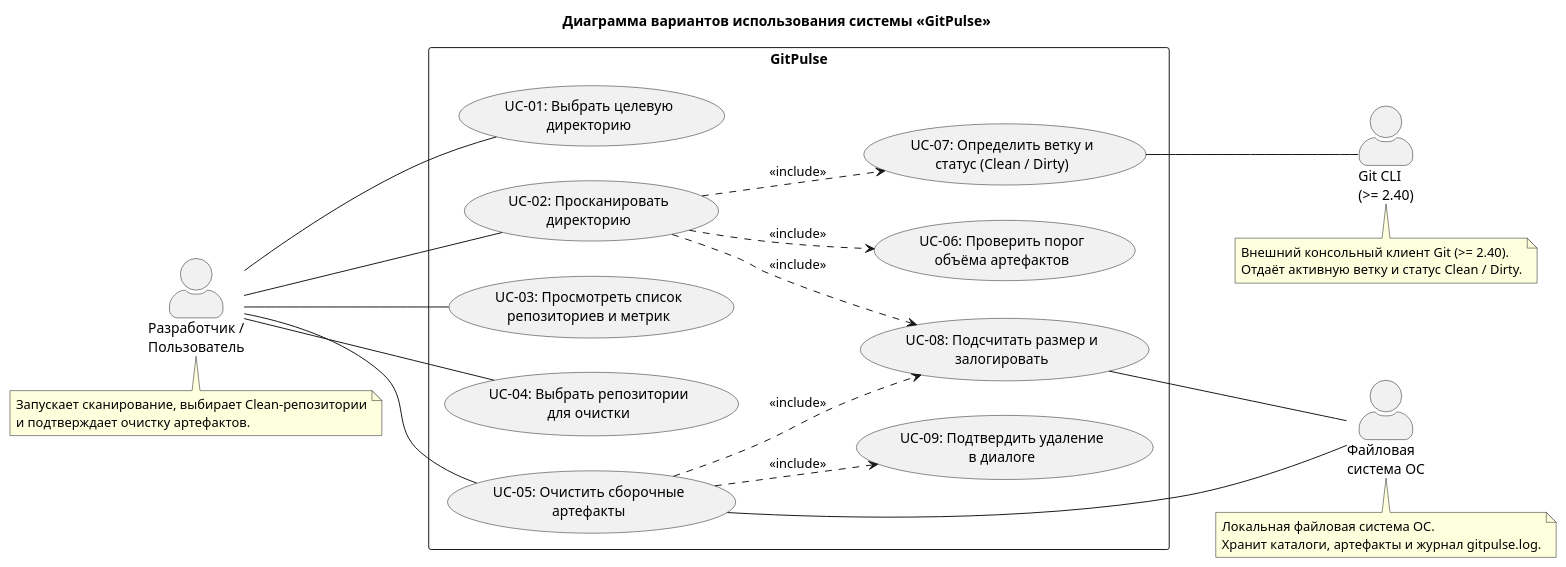
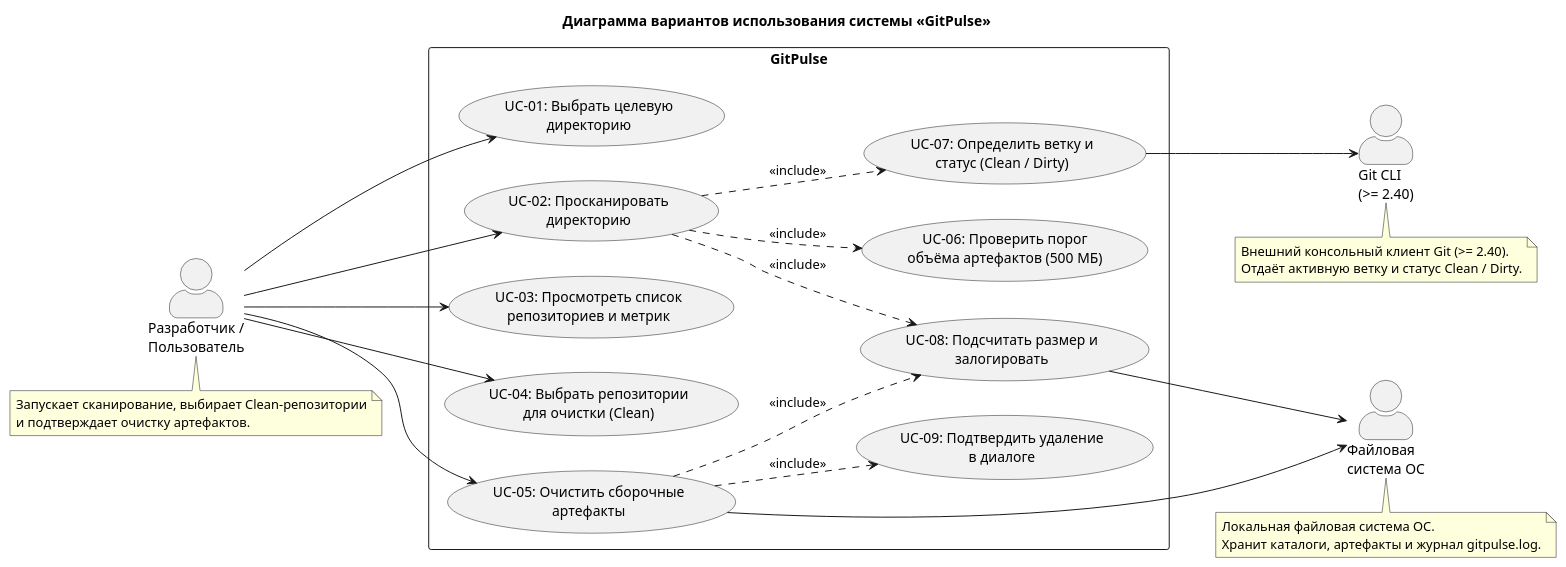
The diagram in diagrams/gitpulse-usecase.puml (BSUIR-SDLC/SDLC), drawn with PlantUML before and after one commit. The commit also changed 19 other files, not shown here.

Commit message:
docs: синхронизировать документацию и диаграммы после согласования

```diff
--- a/diagrams/gitpulse-usecase.puml
+++ b/diagrams/gitpulse-usecase.puml
@@ -1,55 +1,56 @@
 @startuml gitpulse-usecase
 title Диаграмма вариантов использования системы «GitPulse»
 left to right direction
+skinparam shadowing false
 skinparam packageStyle rectangle
 skinparam actorStyle awesome
 
 actor "Разработчик /\nПользователь" as User
 actor "Git CLI\n(>= 2.40)" as GitCli
 actor "Файловая\nсистема ОС" as FileSystem
 
 rectangle "GitPulse" {
   usecase "UC-01: Выбрать целевую\nдиректорию" as UC1
   usecase "UC-02: Просканировать\nдиректорию" as UC2
   usecase "UC-03: Просмотреть список\nрепозиториев и метрик" as UC3
-  usecase "UC-04: Выбрать репозитории\nдля очистки" as UC4
+  usecase "UC-04: Выбрать репозитории\nдля очистки (Clean)" as UC4
   usecase "UC-05: Очистить сборочные\nартефакты" as UC5
 
-  usecase "UC-06: Проверить порог\nобъёма артефактов" as UC6
+  usecase "UC-06: Проверить порог\nобъёма артефактов (500 МБ)" as UC6
   usecase "UC-07: Определить ветку и\nстатус (Clean / Dirty)" as UC7
   usecase "UC-08: Подсчитать размер и\nзалогировать" as UC8
   usecase "UC-09: Подтвердить удаление\nв диалоге" as UC9
 }
 
-User -- UC1
-User -- UC2
-User -- UC3
-User -- UC4
-User -- UC5
+User --> UC1
+User --> UC2
+User --> UC3
+User --> UC4
+User --> UC5
 
 UC2 ..> UC6 : <<include>>
 UC2 ..> UC7 : <<include>>
 UC2 ..> UC8 : <<include>>
 
 UC5 ..> UC8 : <<include>>
 UC5 ..> UC9 : <<include>>
 
-UC7 -- GitCli
-UC5 -- FileSystem
-UC8 -- FileSystem
+UC7 --> GitCli
+UC5 --> FileSystem
+UC8 --> FileSystem
 
 note bottom of User
   Запускает сканирование, выбирает Clean-репозитории
   и подтверждает очистку артефактов.
 end note
 
 note bottom of GitCli
   Внешний консольный клиент Git (>= 2.40).
   Отдаёт активную ветку и статус Clean / Dirty.
 end note
 
 note bottom of FileSystem
   Локальная файловая система ОС.
   Хранит каталоги, артефакты и журнал gitpulse.log.
 end note
 @enduml
```
